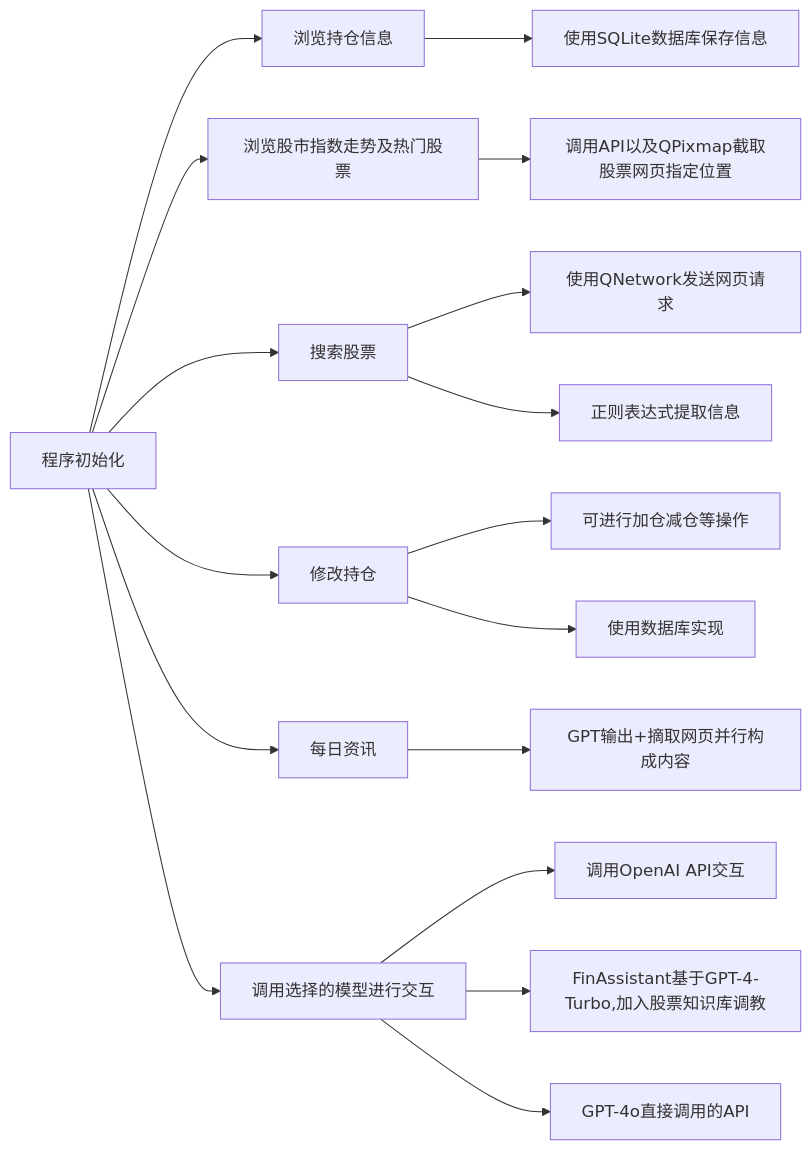
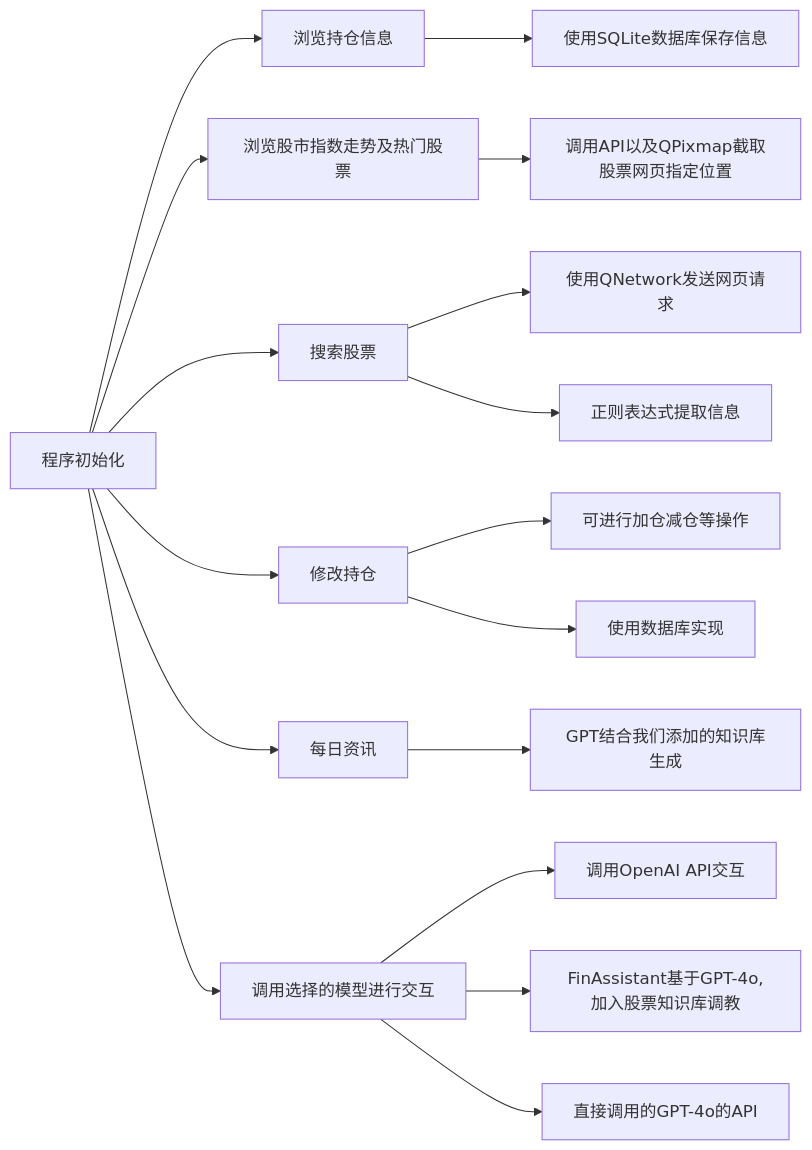
One commit to LiaojunChen/StockAssistant changed the diagram in README.md. Above: the diagram before and after it, drawn with Mermaid. The commit also changed other lines of this file, not shown here.

````diff
--- a/README.md
+++ b/README.md
@@ -42,16 +39,16 @@
 ```mermaid
 graph LR
     A[程序初始化]
     A--> C[浏览持仓信息]-->C1[使用SQLite数据库保存信息]
     A -->D[浏览股市指数走势及热门股票]-->D1[调用API以及QPixmap截取股票网页指定位置]
     A--> F[搜索股票]-->F1["使用QNetwork发送网页请求"]
     F-->F2[正则表达式提取信息]
     A--> G[修改持仓]--> G1[可进行加仓减仓等操作]
     G-->G2[使用数据库实现]
-    A--> H[每日资讯]-->H1[GPT输出+摘取网页并行构成内容]
+    A--> H[每日资讯]-->H1[GPT结合我们添加的知识库生成]
     A--> I[调用选择的模型进行交互]-->I1[调用OpenAI API交互]
-    I-->I2[FinAssistant基于GPT-4-Turbo,加入股票知识库调教]
-    I-->I3[GPT-4o直接调用的API]
+    I-->I2[FinAssistant基于GPT-4o,加入股票知识库调教]
+    I-->I3[直接调用的GPT-4o的API]
  
    
 ```
````
